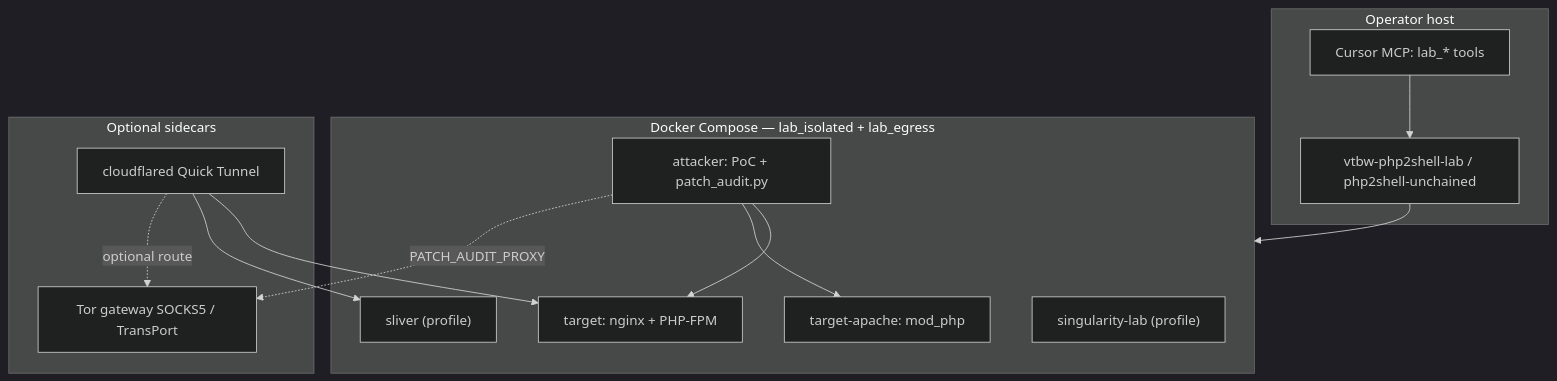
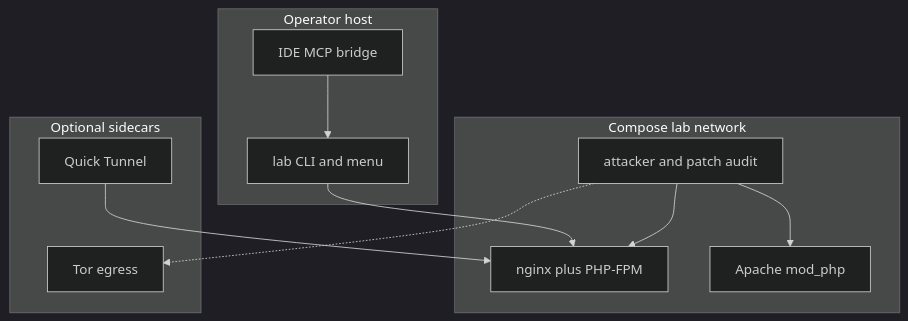
The diagram in README.md (Leviticus-Triage/php2shell-unchained), drawn with Mermaid (dark theme) before and after one commit. The commit also changed other lines of this file and 4 other files, not shown here.

First line of the commit message:
Document the operator menu for admins and researchers.

````diff
--- a/README.md
+++ b/README.md
@@ -48,29 +48,22 @@
 ```mermaid
 flowchart TB
-  subgraph host["Operator host"]
-    CLI["vtbw-php2shell-lab / php2shell-unchained"]
-    MCP["Cursor MCP: lab_* tools"]
+  subgraph sgHost ["Operator host"]
+    CLI["lab CLI and menu"]
+    MCP["IDE MCP bridge"]
   end
-
-  subgraph docker["Docker Compose — lab_isolated + lab_egress"]
-    TGT["target: nginx + PHP-FPM"]
-    APA["target-apache: mod_php"]
-    ATK["attacker: PoC + patch_audit.py"]
-    SLV["sliver (profile)"]
-    SNG["singularity-lab (profile)"]
+  subgraph sgDocker ["Compose lab network"]
+    TGT["nginx plus PHP-FPM"]
+    APA["Apache mod_php"]
+    ATK["attacker and patch audit"]
   end
-
-  subgraph external["Optional sidecars"]
-    CF["cloudflared Quick Tunnel"]
-    TOR["Tor gateway SOCKS5 / TransPort"]
+  subgraph sgSide ["Optional sidecars"]
+    CF["Quick Tunnel"]
+    TOR["Tor egress"]
   end
-
-  CLI --> docker
+  CLI --> TGT
   MCP --> CLI
   ATK --> TGT
   ATK --> APA
   CF --> TGT
-  CF --> SLV
-  CF -.->|optional route| TOR
-  ATK -.->|PATCH_AUDIT_PROXY| TOR
+  ATK -.-> TOR
 ```
````
